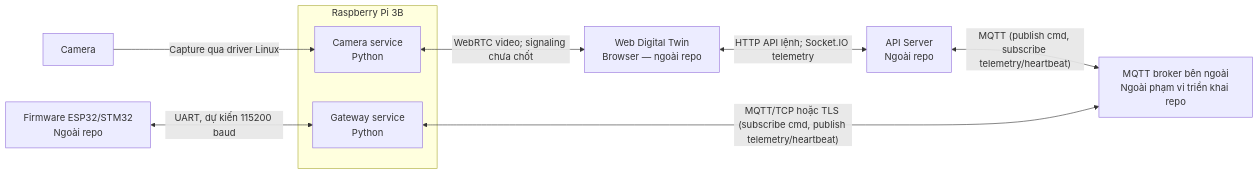
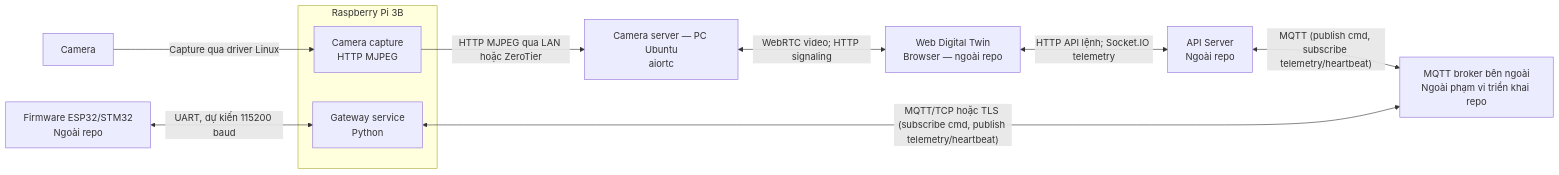
The diagram in docs/02-containers.md (dugati201-glitch/digital_twin), drawn with Mermaid before and after one commit. The commit also changed other lines of this file and 23 other files, not shown here.

Commit message:
Split camera pipeline into Pi MJPEG and PC WebRTC

````diff
--- a/docs/02-containers.md
+++ b/docs/02-containers.md
@@ -5,23 +5,26 @@
 ```mermaid
 flowchart LR
     web["Web Digital Twin
 Browser — ngoài repo"]
     api["API Server
 Ngoài repo"]
     mcu["Firmware ESP32/STM32
 Ngoài repo"]
     cam["Camera"]
     subgraph pi["Raspberry Pi 3B"]
         gateway["Gateway service
 Python"]
-        video["Camera service
-Python"]
+        video["Camera capture
+HTTP MJPEG"]
     end
     broker["MQTT broker bên ngoài<br/>Ngoài phạm vi triển khai repo"]
     web <-->|"HTTP API lệnh; Socket.IO telemetry"| api
     api <-->|"MQTT (publish cmd, subscribe telemetry/heartbeat)"| broker
     mcu <-->|"UART, dự kiến 115200 baud"| gateway
     gateway <-->|"MQTT/TCP hoặc TLS (subscribe cmd, publish telemetry/heartbeat)"| broker
     cam -->|"Capture qua driver Linux"| video
-    video <-->|"WebRTC video; signaling chưa chốt"| web
+    pc["Camera server — PC Ubuntu
+aiortc"]
+    video -->|"HTTP MJPEG qua LAN hoặc ZeroTier"| pc
+    pc <-->|"WebRTC video; HTTP signaling"| web
 ```
````
